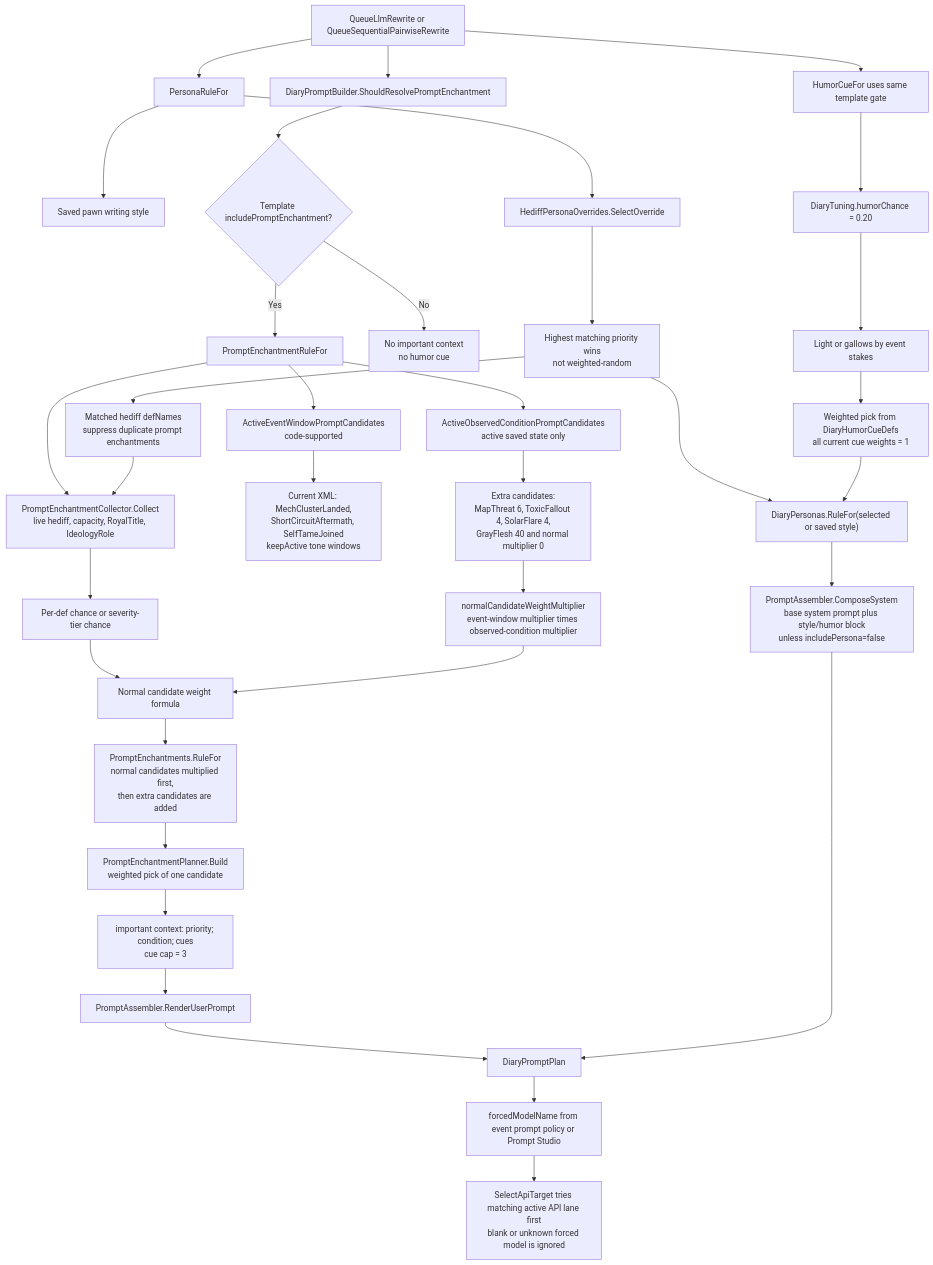
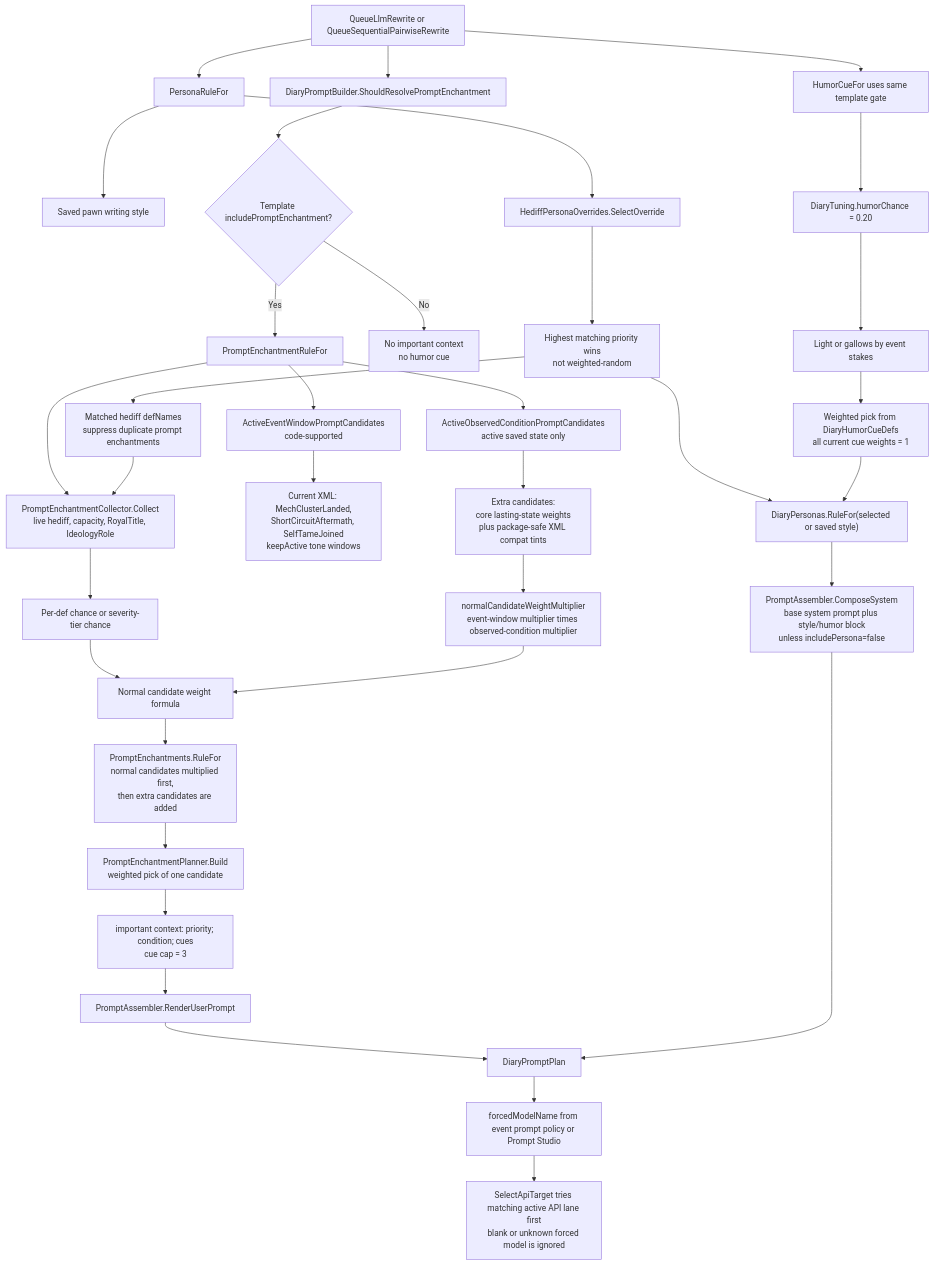
One commit to aimmlegate/PawnDiary changed the third of 6 diagrams in EVENT_PROMPT_MAP.md. Above: the diagram before and after it, drawn with Mermaid. The commit also changed other lines of this file and 81 other files, not shown here.

````diff
--- a/EVENT_PROMPT_MAP.md
+++ b/EVENT_PROMPT_MAP.md
@@ -232,41 +232,41 @@
 ```mermaid
 flowchart TD
     Queue["QueueLlmRewrite or QueueSequentialPairwiseRewrite"] --> Style["PersonaRuleFor"]
     Style --> SavedStyle["Saved pawn writing style"]
     Style --> HediffStyle["HediffPersonaOverrides.SelectOverride"]
     HediffStyle --> Priority["Highest matching priority wins<br/>not weighted-random"]
     Priority --> PersonaBlock["DiaryPersonas.RuleFor(selected or saved style)"]
     Priority --> Suppressed["Matched hediff defNames<br/>suppress duplicate prompt enchantments"]
 
     Queue --> Gate["DiaryPromptBuilder.ShouldResolvePromptEnchantment"]
     Gate --> TemplateFlag{"Template includePromptEnchantment?"}
     TemplateFlag -- No --> NoEnchant["No important context<br/>no humor cue"]
     TemplateFlag -- Yes --> Collect["PromptEnchantmentRuleFor"]
 
     Collect --> WindowCandidates["ActiveEventWindowPromptCandidates<br/>code-supported"]
     WindowCandidates --> WindowCurrent["Current XML: MechClusterLanded,<br/>ShortCircuitAftermath, SelfTameJoined<br/>keepActive tone windows"]
     Collect --> ObservedCandidates["ActiveObservedConditionPromptCandidates<br/>active saved state only"]
-    ObservedCandidates --> ObservedWeights["Extra candidates:<br/>MapThreat 6, ToxicFallout 4, SolarFlare 4,<br/>GrayFlesh 40 and normal multiplier 0"]
+    ObservedCandidates --> ObservedWeights["Extra candidates:<br/>core lasting-state weights<br/>plus package-safe XML compat tints"]
     Collect --> NormalCandidates["PromptEnchantmentCollector.Collect<br/>live hediff, capacity, RoyalTitle, IdeologyRole"]
     NormalCandidates --> ChanceGate["Per-def chance or severity-tier chance"]
     ChanceGate --> NormalWeight["Normal candidate weight formula"]
     Suppressed --> NormalCandidates
     ObservedWeights --> Multiplier["normalCandidateWeightMultiplier<br/>event-window multiplier times observed-condition multiplier"]
     Multiplier --> NormalWeight
     NormalWeight --> Pool["PromptEnchantments.RuleFor<br/>normal candidates multiplied first,<br/>then extra candidates are added"]
     Pool --> Pick["PromptEnchantmentPlanner.Build<br/>weighted pick of one candidate"]
     Pick --> ContextLine["important context: priority; condition; cues<br/>cue cap = 3"]
 
     Queue --> HumorGate["HumorCueFor uses same template gate"]
     HumorGate --> HumorChance["DiaryTuning.humorChance = 0.20"]
     HumorChance --> HumorTier["Light or gallows by event stakes"]
     HumorTier --> HumorPick["Weighted pick from DiaryHumorCueDefs<br/>all current cue weights = 1"]
     HumorPick --> PersonaBlock
 
     PersonaBlock --> System["PromptAssembler.ComposeSystem<br/>base system prompt plus style/humor block<br/>unless includePersona=false"]
     ContextLine --> User["PromptAssembler.RenderUserPrompt"]
     User --> Prompt["DiaryPromptPlan"]
     System --> Prompt
     Prompt --> Forced["forcedModelName from event prompt policy or Prompt Studio"]
     Forced --> Lane["SelectApiTarget tries matching active API lane first<br/>blank or unknown forced model is ignored"]
 ```
````
